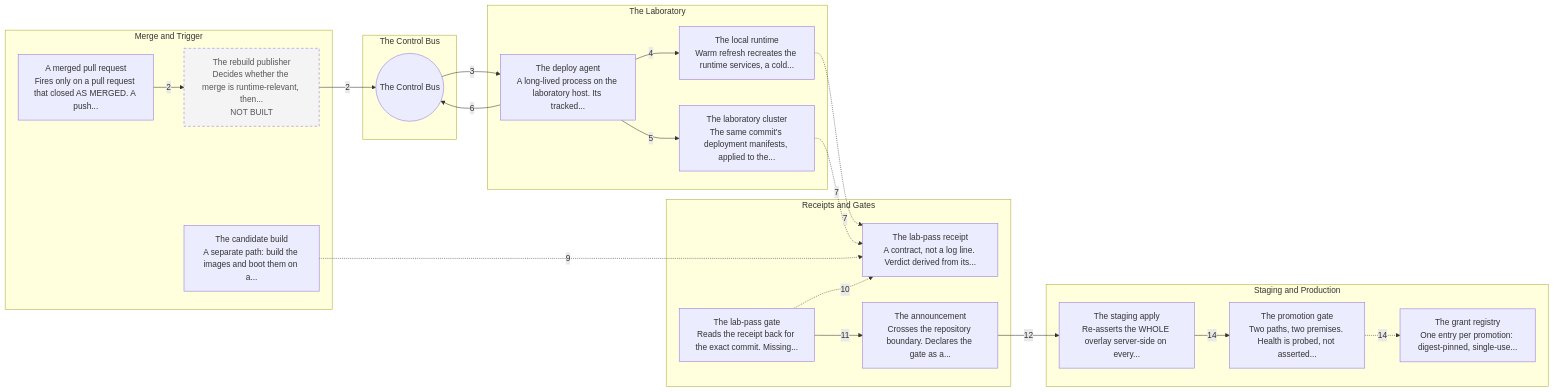
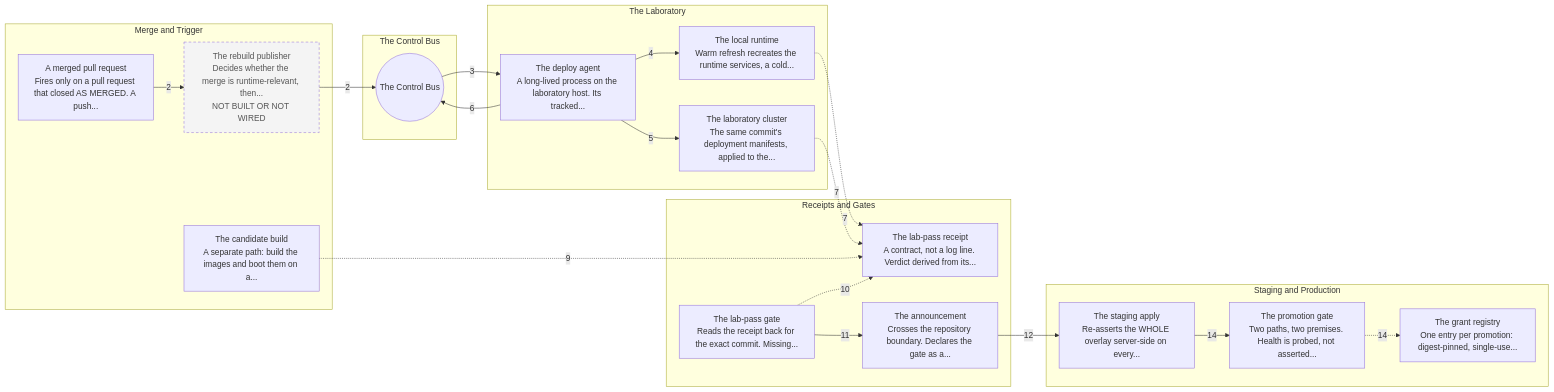
Before and after one commit to OmniNode-ai/knowledge_base: diagram 18 of 35 in guides/tutorial-diagrams.md, drawn with Mermaid. The commit also changed other lines of this file, not shown here.

````diff
--- a/guides/tutorial-diagrams.md
+++ b/guides/tutorial-diagrams.md
@@ -1165,42 +1165,42 @@
 ```mermaid
 flowchart LR
   subgraph z0["Merge and Trigger"]
     n0["A merged pull request<br/>Fires only on a pull request that closed AS MERGED. A push..."]
-    n1["The rebuild publisher<br/>Decides whether the merge is runtime-relevant, then...<br/>NOT BUILT"]
+    n1["The rebuild publisher<br/>Decides whether the merge is runtime-relevant, then...<br/>NOT BUILT OR NOT WIRED"]
     n2["The candidate build<br/>A separate path: build the images and boot them on a..."]
   end
   subgraph z1["The Control Bus"]
     n3(("The Control Bus"))
   end
   subgraph z2["The Laboratory"]
     n4["The deploy agent<br/>A long-lived process on the laboratory host. Its tracked..."]
     n5["The local runtime<br/>Warm refresh recreates the runtime services, a cold..."]
     n6["The laboratory cluster<br/>The same commit's deployment manifests, applied to the..."]
   end
   subgraph z3["Receipts and Gates"]
     n7["The lab-pass receipt<br/>A contract, not a log line. Verdict derived from its..."]
     n8["The lab-pass gate<br/>Reads the receipt back for the exact commit. Missing..."]
     n9["The announcement<br/>Crosses the repository boundary. Declares the gate as a..."]
   end
   subgraph z4["Staging and Production"]
     n10["The staging apply<br/>Re-asserts the WHOLE overlay server-side on every..."]
     n11["The promotion gate<br/>Two paths, two premises. Health is probed, not asserted..."]
     n12["The grant registry<br/>One entry per promotion: digest-pinned, single-use..."]
   end
   n0 -->|"2"| n1
   n1 -->|"2"| n3
   n3 -->|"3"| n4
   n4 -->|"4"| n5
   n4 -->|"5"| n6
   n4 -->|"6"| n3
   n5 -.->|"7"| n7
   n6 -.->|"7"| n7
   n2 -.->|"9"| n7
   n8 -.->|"10"| n7
   n8 -->|"11"| n9
   n9 -->|"12"| n10
   n10 -->|"14"| n11
   n11 -.->|"14"| n12
   classDef notbuilt stroke-dasharray: 5 4,fill:#f4f4f4,color:#555;
   class n1 notbuilt;
 ```
````
